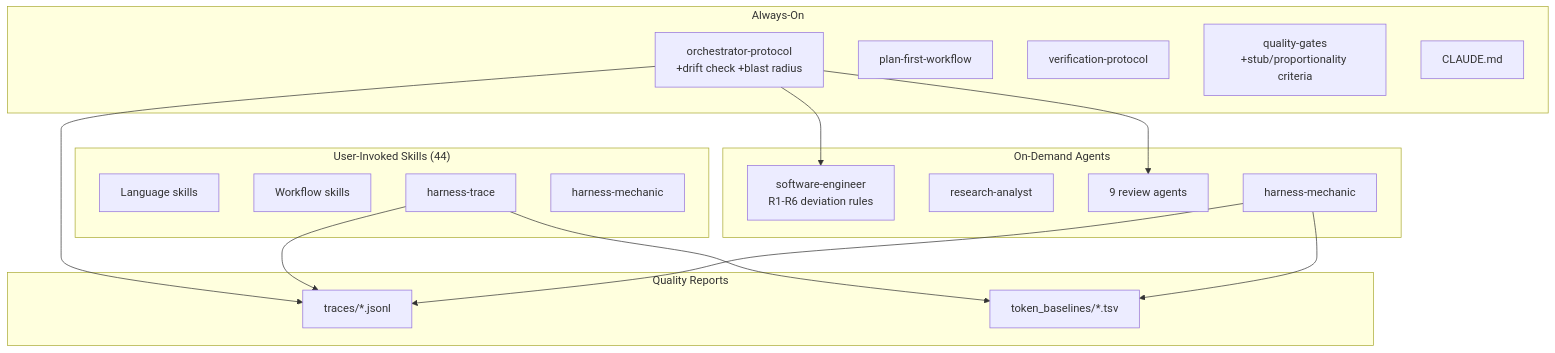
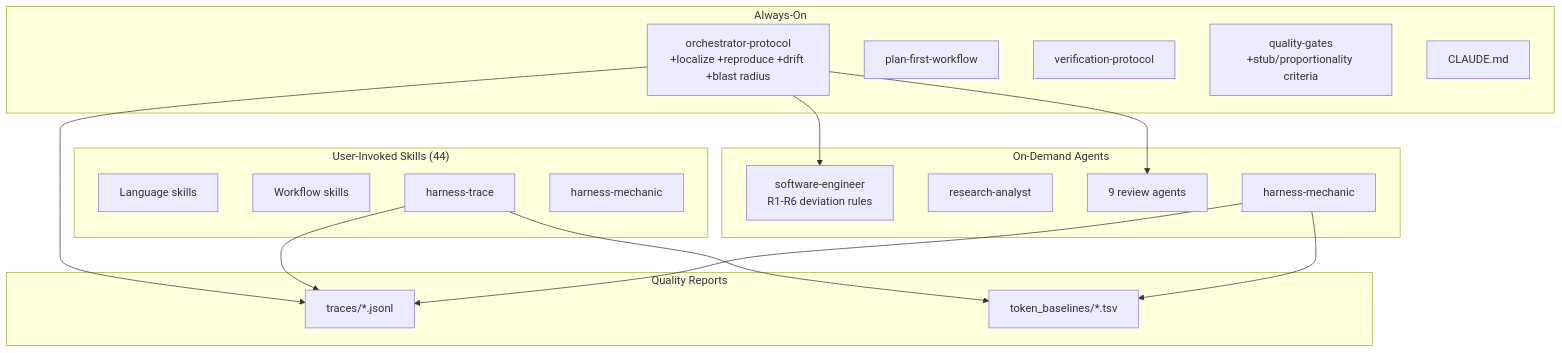
Before and after one commit to maroffo/claude-forge: the diagram in LEARNING.md, drawn with Mermaid. The commit also changed other lines of this file and 6 other files, not shown here.

````diff
--- a/LEARNING.md
+++ b/LEARNING.md
@@ -12,37 +12,37 @@
 ```mermaid
 graph TD
     subgraph "Always-On"
-        R1[orchestrator-protocol<br/>+drift check +blast radius]
+        R1[orchestrator-protocol<br/>+localize +reproduce +drift +blast radius]
         R2[plan-first-workflow]
         R3[verification-protocol]
         R4[quality-gates<br/>+stub/proportionality criteria]
         CM[CLAUDE.md]
     end
 
     subgraph "On-Demand Agents"
         SE[software-engineer<br/>R1-R6 deviation rules]
         RA[research-analyst]
         REV[9 review agents]
         HM[harness-mechanic]
     end
 
     subgraph "User-Invoked Skills (44)"
         LANG[Language skills]
         WORK[Workflow skills]
         HT[harness-trace]
         HMK[harness-mechanic]
     end
 
     subgraph "Quality Reports"
         TR[traces/*.jsonl]
         TB[token_baselines/*.tsv]
     end
 
     R1 --> SE
     R1 --> REV
     R1 --> TR
     HT --> TR
     HT --> TB
     HM --> TR
     HM --> TB
 ```
````
